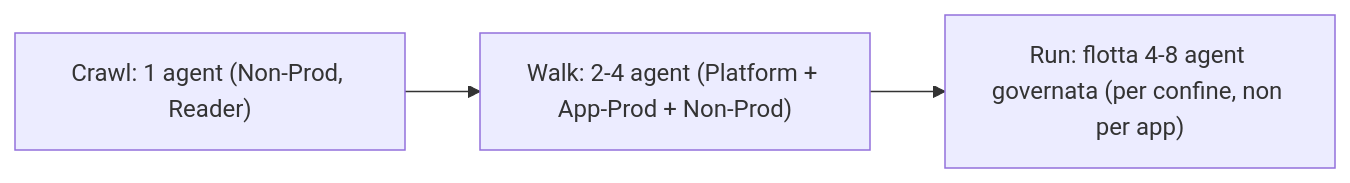
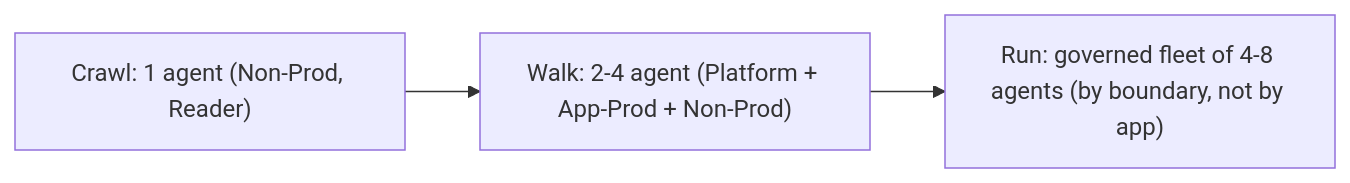
The sixth of 11 diagrams in Coach/Solutions/docs/azure-sre-agent/architectural-guide-lines/azure-sre-agent-fleet-architecture-guidelines.md (microsoft/frontier-sre-agent-rvas), drawn with Mermaid before and after one commit. The commit also changed other lines of this file and 2 other files, not shown here.

````diff
--- a/Coach/Solutions/docs/azure-sre-agent/architectural-guide-lines/azure-sre-agent-fleet-architecture-guidelines.md
+++ b/Coach/Solutions/docs/azure-sre-agent/architectural-guide-lines/azure-sre-agent-fleet-architecture-guidelines.md
@@ -663,5 +663,5 @@
 ```mermaid
 flowchart LR
   C["Crawl: 1 agent (Non-Prod, Reader)"] --> W["Walk: 2-4 agent (Platform + App-Prod + Non-Prod)"]
-  W --> R["Run: flotta 4-8 agent governata (per confine, non per app)"]
+  W --> R["Run: governed fleet of 4-8 agents (by boundary, not by app)"]
 ```
````
